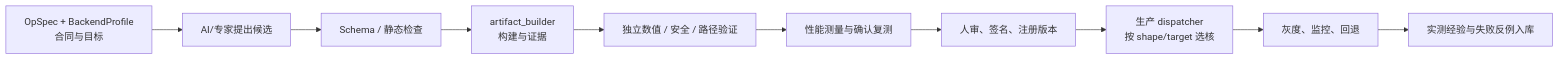
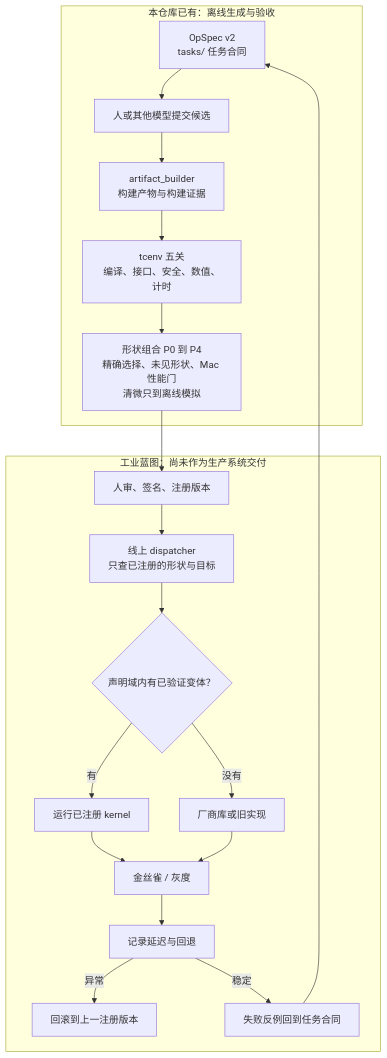
The first of 9 diagrams in docs/架构/工业使用：AI算子生成、Kernel CI-CD与受控发布.md (kuafuwang/ShapeForge), drawn with Mermaid before and after one commit. The commit also changed other lines of this file and 41 other files, not shown here.

First line of the commit message:
docs: explain the live architecture with diagrams instead of jargon

````diff
--- a/docs/架构/工业使用：AI算子生成、Kernel CI-CD与受控发布.md
+++ b/docs/架构/工业使用：AI算子生成、Kernel CI-CD与受控发布.md
@@ -11,12 +27,29 @@
 ```mermaid
-flowchart LR
-  A["OpSpec + BackendProfile<br/>合同与目标"] --> B["AI/专家提出候选"]
-  B --> C["Schema / 静态检查"]
-  C --> D["artifact_builder<br/>构建与证据"]
-  D --> E["独立数值 / 安全 / 路径验证"]
-  E --> F["性能测量与确认复测"]
-  F --> G["人审、签名、注册版本"]
-  G --> H["生产 dispatcher<br/>按 shape/target 选核"]
-  H --> I["灰度、监控、回退"]
-  I --> J["实测经验与失败反例入库"]
+flowchart TB
+  subgraph repo["本仓库已有：离线生成与验收"]
+    spec["OpSpec v2<br/>tasks/ 任务合同"]
+    cand["人或其他模型提交候选"]
+    build["artifact_builder<br/>构建产物与构建证据"]
+    eval["tcenv 五关<br/>编译、接口、安全、数值、计时"]
+    port["形状组合 P0 到 P4<br/>精确选择、未见形状、Mac 性能门<br/>清微只到离线模拟"]
+    spec --> cand --> build --> eval --> port
+  end
+  subgraph blueprint["工业蓝图：尚未作为生产系统交付"]
+    review["人审、签名、注册版本"]
+    disp["线上 dispatcher<br/>只查已注册的形状与目标"]
+    hit{"声明域内有已验证变体？"}
+    run["运行已注册 kernel"]
+    fall["厂商库或旧实现"]
+    canary["金丝雀 / 灰度"]
+    watch["记录延迟与回退"]
+    back["回滚到上一注册版本"]
+    review --> disp --> hit
+    hit -->|有| run --> canary
+    hit -->|没有| fall --> canary
+    canary --> watch
+    watch -->|异常| back
+    watch -->|稳定| next["失败反例回到任务合同"]
+  end
+  port --> review
+  next --> spec
 ```
````
